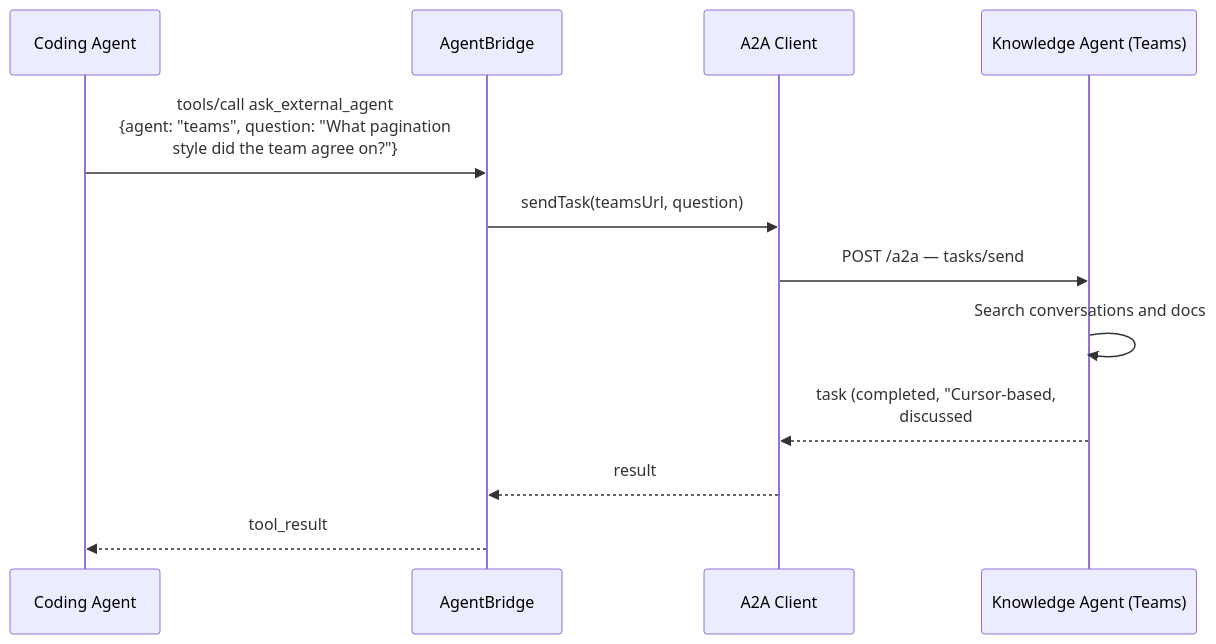
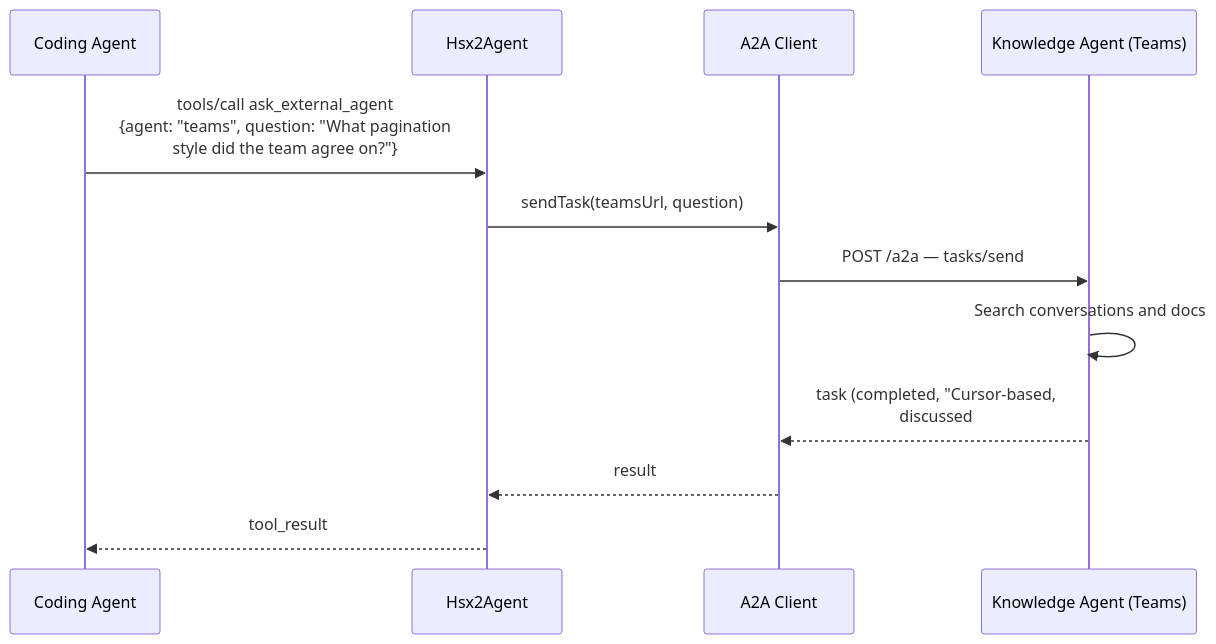
One commit to beheoxinh/hsx2agent changed the third of 3 diagrams in docs/A2A-INTEGRATION.md. Above: the diagram before and after it, drawn with Mermaid. The commit also changed other lines of this file and 20 other files, not shown here.

Commit message:
docs: rename "AgentBridge" to "Hsx2Agent" in docs and hook scripts

````diff
--- a/docs/A2A-INTEGRATION.md
+++ b/docs/A2A-INTEGRATION.md
@@ -681,14 +681,14 @@
 ```mermaid
 sequenceDiagram
     participant Agent as Coding Agent
-    participant Plugin as AgentBridge
+    participant Plugin as Hsx2Agent
     participant A2AC as A2A Client
     participant Ext as Knowledge Agent (Teams)
     Agent ->> Plugin: tools/call ask_external_agent<br/>{agent: "teams", question: "What pagination<br/>style did the team agree on?"}
     Plugin ->> A2AC: sendTask(teamsUrl, question)
     A2AC ->> Ext: POST /a2a — tasks/send
     Ext ->> Ext: Search conversations and docs
     Ext -->> A2AC: task (completed, "Cursor-based,<br/>discussed#backend Apr 15")
     A2AC -->> Plugin: result
     Plugin -->> Agent: tool_result
 ```
````
